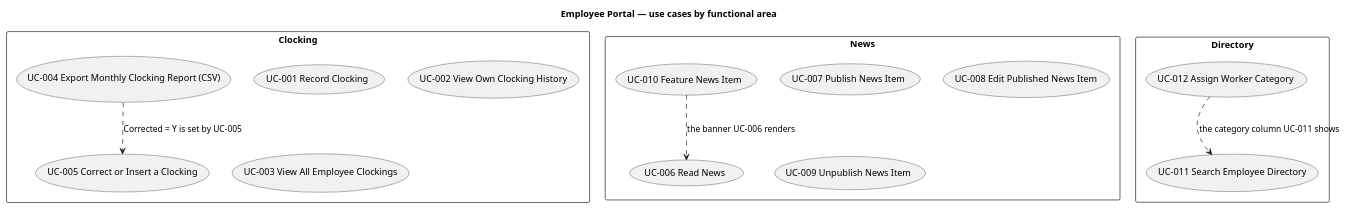
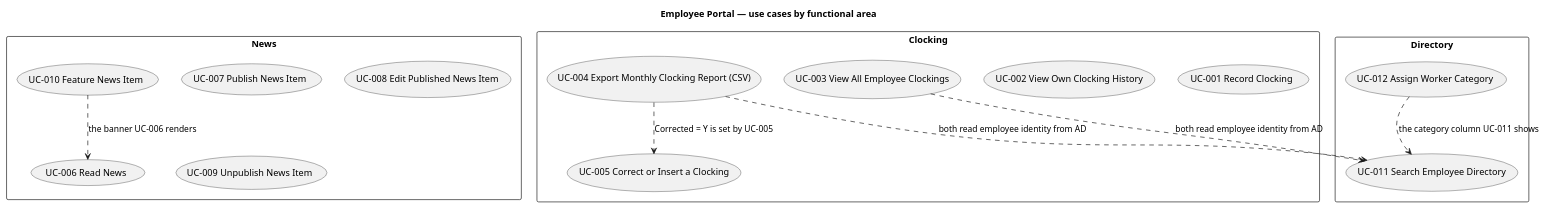
One commit to banense-test/employee-portal changed the second of 6 diagrams in docs/artifacts/requirements/use-case-model.md. Above: the diagram before and after it, drawn with PlantUML. The commit also changed other lines of this file, not shown here.

````diff
--- a/docs/artifacts/requirements/use-case-model.md
+++ b/docs/artifacts/requirements/use-case-model.md
@@ -69,31 +76,33 @@
 ```plantuml
 @startuml
 title Employee Portal — use cases by functional area
 skinparam packageStyle rectangle
 
 package "Clocking" {
   usecase "UC-001 Record Clocking" as UC001
   usecase "UC-002 View Own Clocking History" as UC002
   usecase "UC-003 View All Employee Clockings" as UC003
   usecase "UC-004 Export Monthly Clocking Report (CSV)" as UC004
   usecase "UC-005 Correct or Insert a Clocking" as UC005
 }
 
 package "News" {
   usecase "UC-006 Read News" as UC006
   usecase "UC-007 Publish News Item" as UC007
   usecase "UC-008 Edit Published News Item" as UC008
   usecase "UC-009 Unpublish News Item" as UC009
   usecase "UC-010 Feature News Item" as UC010
 }
 
 package "Directory" {
   usecase "UC-011 Search Employee Directory" as UC011
   usecase "UC-012 Assign Worker Category" as UC012
 }
 
 UC004 ..> UC005 : Corrected = Y is set by UC-005
 UC010 ..> UC006 : the banner UC-006 renders
 UC012 ..> UC011 : the category column UC-011 shows
+UC003 ..> UC011 : both read employee identity from AD
+UC004 ..> UC011 : both read employee identity from AD
 @enduml
 ```
````
